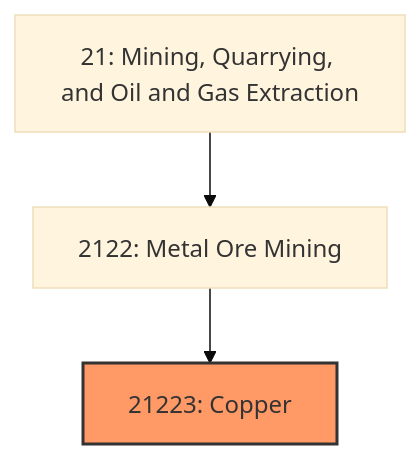
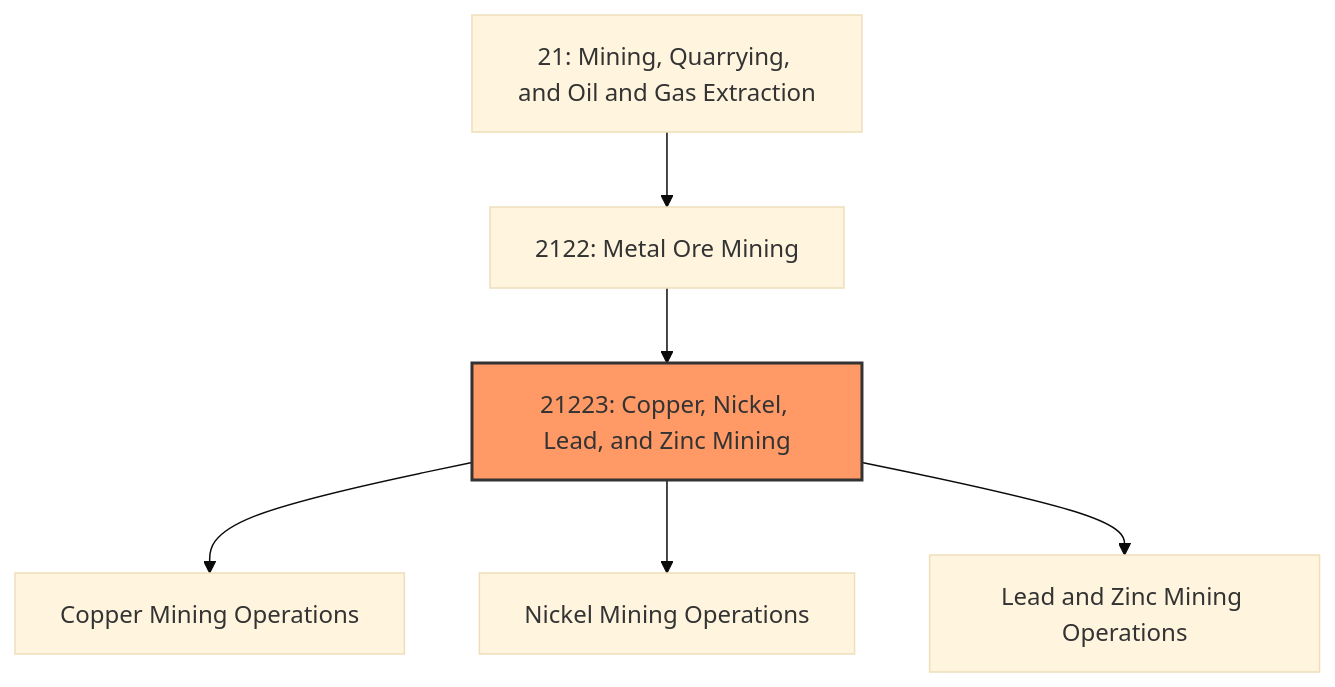
The first of 3 diagrams in industries/Mining/MetalOreMining/Copper.mdx (kziemski/business.org.ai), drawn with Mermaid (base theme) before and after one commit. The commit also changed other lines of this file and 67 other files, not shown here.

````diff
--- a/industries/Mining/MetalOreMining/Copper.mdx
+++ b/industries/Mining/MetalOreMining/Copper.mdx
@@ -20,7 +39,10 @@
 ```mermaid
 graph TD
     S21["21: Mining, Quarrying, and Oil and Gas Extraction"]
     S21 --> N2122["2122: Metal Ore Mining"]
-    N2122 --> N21223["21223: Copper"]
+    N2122 --> N21223["21223: Copper, Nickel, Lead, and Zinc Mining"]
     style N21223 fill:#f96,stroke:#333,stroke-width:2px
+    N21223 --> Copper["Copper Mining Operations"]
+    N21223 --> Nickel["Nickel Mining Operations"]
+    N21223 --> LeadZinc["Lead and Zinc Mining Operations"]
 ```
````
